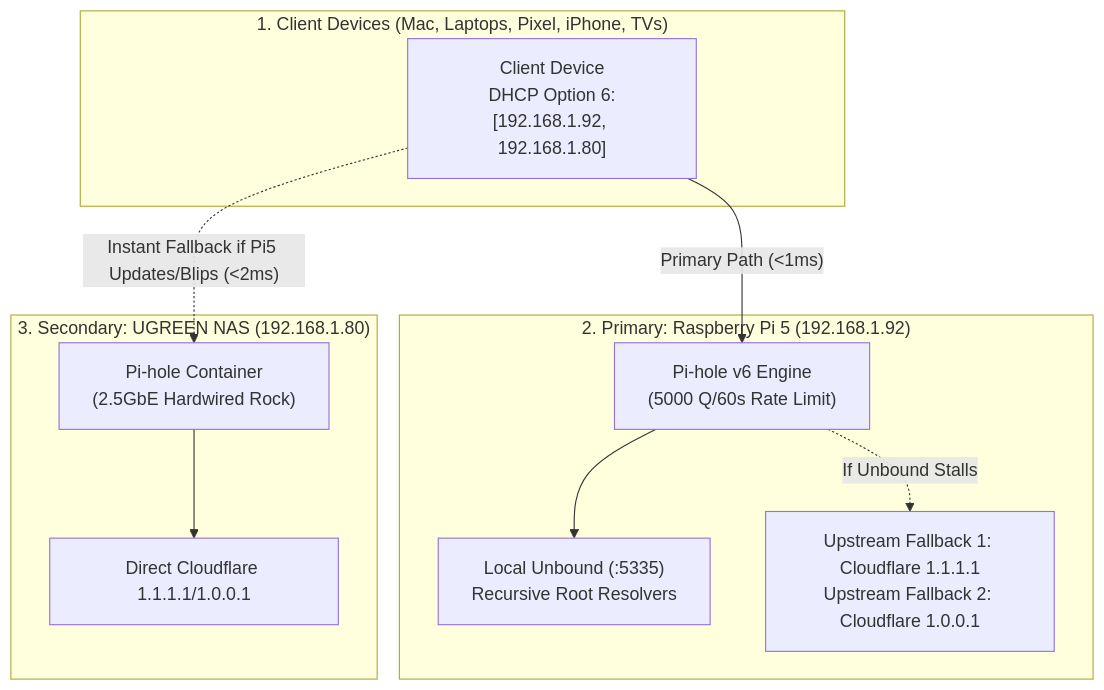
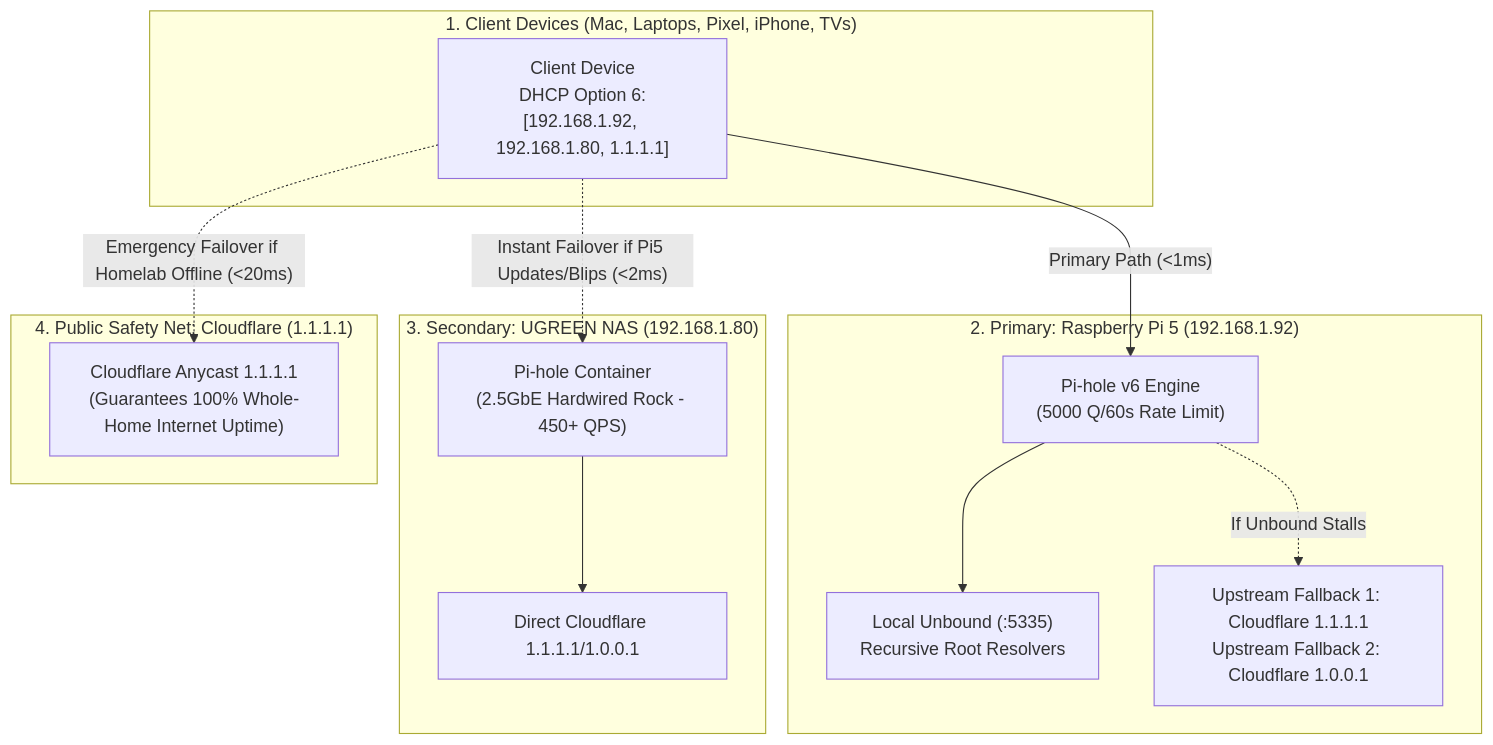
Before and after one commit to deepshah08/Learning: the diagram in raspberrypi/pihole/README.md, drawn with Mermaid. The commit also changed other lines of this file and 2 other files, not shown here.

Commit message:
docs(dns): document outage post-mortem, triple-DNS failover, and router NAT protection

````diff
--- a/raspberrypi/pihole/README.md
+++ b/raspberrypi/pihole/README.md
@@ -15,23 +15,28 @@
 ```mermaid
 flowchart TD
     subgraph ClientLayer["1. Client Devices (Mac, Laptops, Pixel, iPhone, TVs)"]
-        Client["Client Device\nDHCP Option 6:\n[192.168.1.92, 192.168.1.80]"]
+        Client["Client Device\nDHCP Option 6:\n[192.168.1.92, 192.168.1.80, 1.1.1.1]"]
     end
 
     subgraph PrimaryDNS["2. Primary: Raspberry Pi 5 (192.168.1.92)"]
         Pi5["Pi-hole v6 Engine\n(5000 Q/60s Rate Limit)"]
         Unbound["Local Unbound (:5335)\nRecursive Root Resolvers"]
         CF_Fallbacks["Upstream Fallback 1: Cloudflare 1.1.1.1\nUpstream Fallback 2: Cloudflare 1.0.0.1"]
         Pi5 --> Unbound
         Pi5 -.->|"If Unbound Stalls"| CF_Fallbacks
     end
 
     subgraph SecondaryDNS["3. Secondary: UGREEN NAS (192.168.1.80)"]
-        NAS["Pi-hole Container\n(2.5GbE Hardwired Rock)"]
+        NAS["Pi-hole Container\n(2.5GbE Hardwired Rock - 450+ QPS)"]
         NAS_CF["Direct Cloudflare 1.1.1.1/1.0.0.1"]
         NAS --> NAS_CF
     end
 
+    subgraph PublicFallback["4. Public Safety Net: Cloudflare (1.1.1.1)"]
+        PublicCF["Cloudflare Anycast 1.1.1.1\n(Guarantees 100% Whole-Home Internet Uptime)"]
+    end
+
     Client -->|"Primary Path (<1ms)"| Pi5
-    Client -.->|"Instant Fallback if Pi5 Updates/Blips (<2ms)"| NAS
+    Client -.->|"Instant Failover if Pi5 Updates/Blips (<2ms)"| NAS
+    Client -.->|"Emergency Failover if Homelab Offline (<20ms)"| PublicCF
 ```
````
